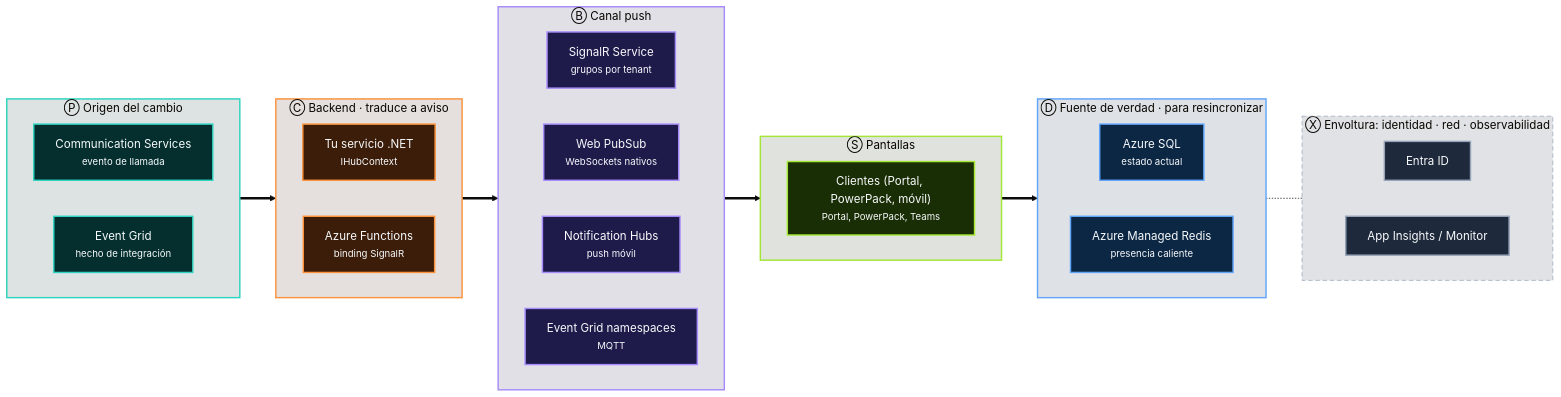
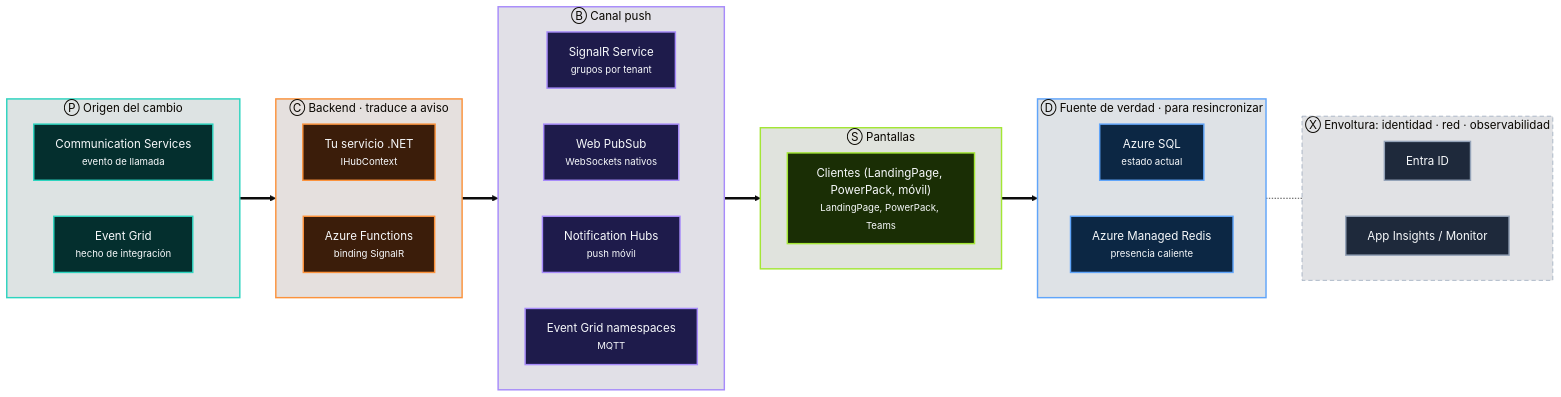
The eighth of 13 diagrams in docs/11-trece-arquitecturas-como-frases.md (CristianSifuentes/QuickTheoryNET), drawn with Mermaid (base theme) before and after one commit. The commit also changed other lines of this file and 23 other files, not shown here.

First line of the commit message:
Rename the Portal project to LandingPage

````diff
--- a/docs/11-trece-arquitecturas-como-frases.md
+++ b/docs/11-trece-arquitecturas-como-frases.md
@@ -739,51 +739,51 @@
 ```mermaid
 flowchart LR
     subgraph L0["Ⓟ Origen del cambio"]
         direction LR
         L0_0["Communication Services<br/><small>evento de llamada</small>"]:::P
         L0_1["Event Grid<br/><small>hecho de integración</small>"]:::P
     end
     style L0 fill:#042F2E22,stroke:#2DD4BF,stroke-width:2px
     subgraph L1["Ⓒ Backend · traduce a aviso"]
         direction LR
         L1_0["Tu servicio .NET<br/><small>IHubContext</small>"]:::C
         L1_1["Azure Functions<br/><small>binding SignalR</small>"]:::C
     end
     style L1 fill:#3B1D0A22,stroke:#FB923C,stroke-width:2px
     subgraph L2["Ⓑ Canal push"]
         direction LR
         L2_0["SignalR Service<br/><small>grupos por tenant</small>"]:::B
         L2_1["Web PubSub<br/><small>WebSockets nativos</small>"]:::B
         L2_2["Notification Hubs<br/><small>push móvil</small>"]:::B
         L2_3["Event Grid namespaces<br/><small>MQTT</small>"]:::B
     end
     style L2 fill:#1E1B4B22,stroke:#A78BFA,stroke-width:2px
     subgraph L3["Ⓢ Pantallas"]
         direction LR
-        L3_0["Clientes (Portal, PowerPack, móvil)<br/><small>Portal, PowerPack, Teams</small>"]:::S
+        L3_0["Clientes (LandingPage, PowerPack, móvil)<br/><small>LandingPage, PowerPack, Teams</small>"]:::S
     end
     style L3 fill:#1A2E0522,stroke:#A3E635,stroke-width:2px
     subgraph L4["Ⓓ Fuente de verdad · para resincronizar"]
         direction LR
         L4_0["Azure SQL<br/><small>estado actual</small>"]:::D
         L4_1["Azure Managed Redis<br/><small>presencia caliente</small>"]:::D
     end
     style L4 fill:#0C274422,stroke:#60A5FA,stroke-width:2px
     L0 ==> L1
     L1 ==> L2
     L2 ==> L3
     L3 ==> L4
     subgraph XX["Ⓧ Envoltura: identidad · red · observabilidad"]
         direction LR
         X0["Entra ID"]:::X
         X1["App Insights / Monitor"]:::X
     end
     style XX fill:#1E293B22,stroke:#94A3B8,stroke-dasharray:6 4
     L4 -.- XX
     classDef P fill:#042F2E,stroke:#2DD4BF,color:#F8FAFC,stroke-width:2px
     classDef B fill:#1E1B4B,stroke:#A78BFA,color:#F8FAFC,stroke-width:2px
     classDef C fill:#3B1D0A,stroke:#FB923C,color:#F8FAFC,stroke-width:2px
     classDef D fill:#0C2744,stroke:#60A5FA,color:#F8FAFC,stroke-width:2px
     classDef S fill:#1A2E05,stroke:#A3E635,color:#F8FAFC,stroke-width:2px
     classDef X fill:#1E293B,stroke:#94A3B8,color:#F8FAFC,stroke-width:2px
 ```
````
